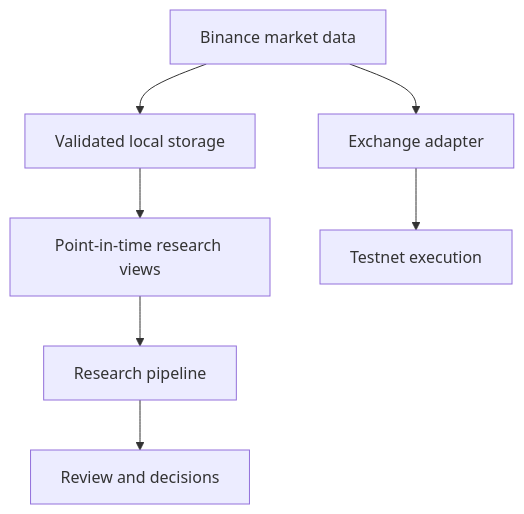
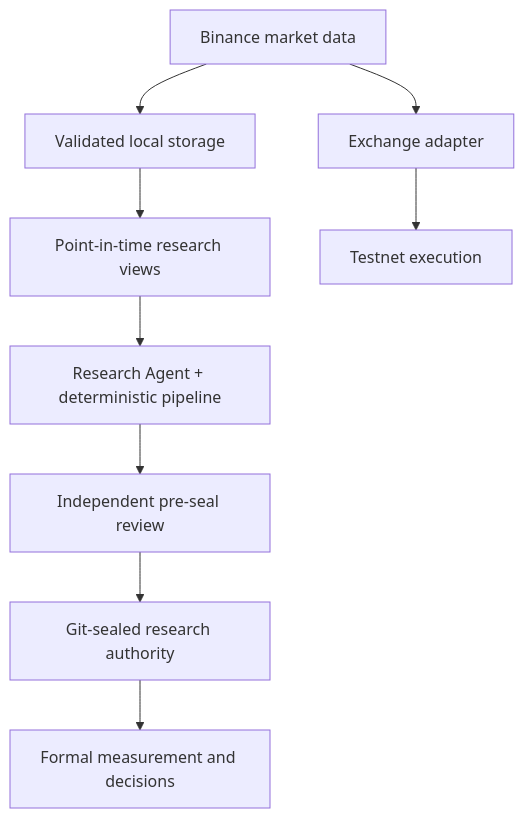
One commit to terrylu930119/crypto-research-platform changed the diagram in ARCHITECTURE.md. Above: the diagram before and after it, drawn with Mermaid. The commit also changed other lines of this file and 3 other files, not shown here.

````diff
--- a/ARCHITECTURE.md
+++ b/ARCHITECTURE.md
@@ -7,10 +7,12 @@
 ```mermaid
 flowchart TD
     A[Binance market data] --> B[Validated local storage]
     B --> C[Point-in-time research views]
-    C --> D[Research pipeline]
-    D --> E[Review and decisions]
+    C --> D[Research Agent + deterministic pipeline]
+    D --> E[Independent pre-seal review]
+    E --> F[Git-sealed research authority]
+    F --> G[Formal measurement and decisions]
 
-    A --> F[Exchange adapter]
-    F --> G[Testnet execution]
+    A --> H[Exchange adapter]
+    H --> I[Testnet execution]
 ```
````
